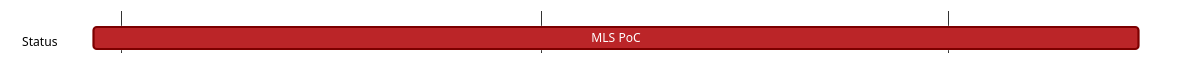
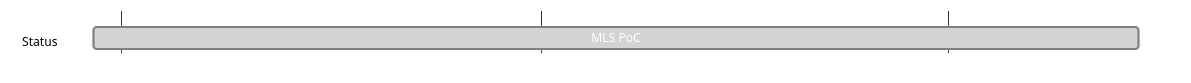
The diagram in content/vac/acz/secure-channels/waku/mls-poc.md (logos-co/roadmap), drawn with Mermaid before and after one commit. The commit also changed other lines of this file and 6 other files, not shown here.

Commit message:
chore(acz): update roadmap with progress uptil July, 2024 (#80)

````diff
--- a/content/vac/acz/secure-channels/waku/mls-poc.md
+++ b/content/vac/acz/secure-channels/waku/mls-poc.md
@@ -7,20 +7,20 @@
 ```mermaid
 %%{ 
   init: { 
     'theme': 'base', 
     'themeVariables': { 
       'primaryColor': '#BB2528', 
       'primaryTextColor': '#fff', 
       'primaryBorderColor': '#7C0000', 
       'lineColor': '#F8B229', 
       'secondaryColor': '#006100', 
       'tertiaryColor': '#fff' 
     } 
   } 
 }%%
 gantt
   tickInterval 1month
   dateFormat YYYY-MM-DD 
   section Status
-    MLS PoC: 2024-04-29, 2024-07-15
+    MLS PoC: done, 2024-04-29, 2024-07-15
 ```
````
